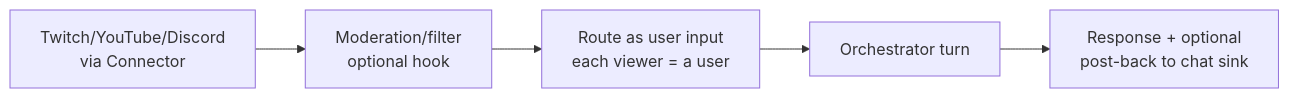
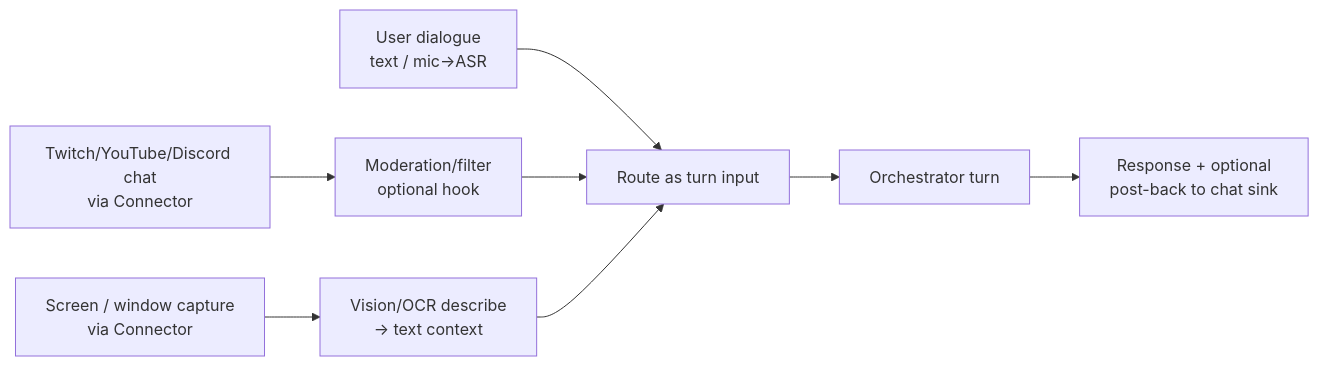
Before and after one commit to Nagino-Reina/NagiFlow: the fourth of 4 diagrams in docs/11-feature-realtime-and-media-generation.md, drawn with Mermaid. The commit also changed other lines of this file and 133 other files, not shown here.

````diff
--- a/docs/11-feature-realtime-and-media-generation.md
+++ b/docs/11-feature-realtime-and-media-generation.md
@@ -271,7 +295,10 @@
 ```mermaid
 flowchart LR
-    TW[Twitch/YouTube/Discord<br/>via Connector] --> MOD[Moderation/filter<br/>optional hook]
-    MOD --> RT[Route as user input<br/>each viewer = a user]
+    U[User dialogue<br/>text / mic→ASR] --> RT
+    TW[Twitch/YouTube/Discord chat<br/>via Connector] --> MOD[Moderation/filter<br/>optional hook]
+    SC[Screen / window capture<br/>via Connector] --> VIS[Vision/OCR describe<br/>→ text context]
+    MOD --> RT[Route as turn input]
+    VIS --> RT
     RT --> O[Orchestrator turn]
     O --> OUT[Response + optional<br/>post-back to chat sink]
 ```
````
